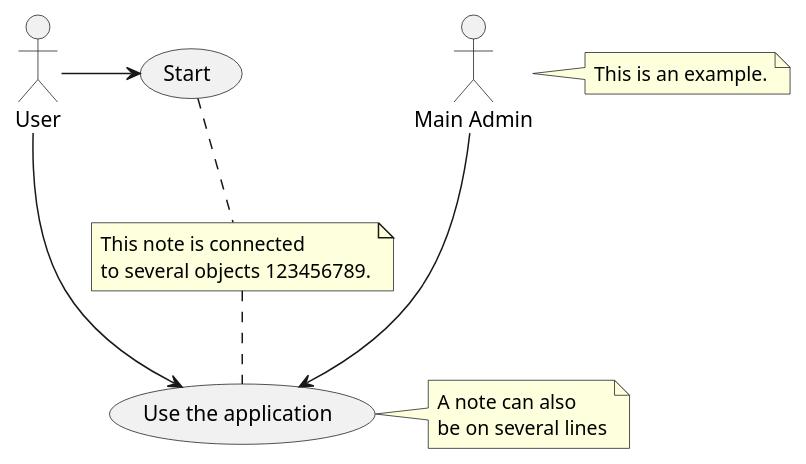
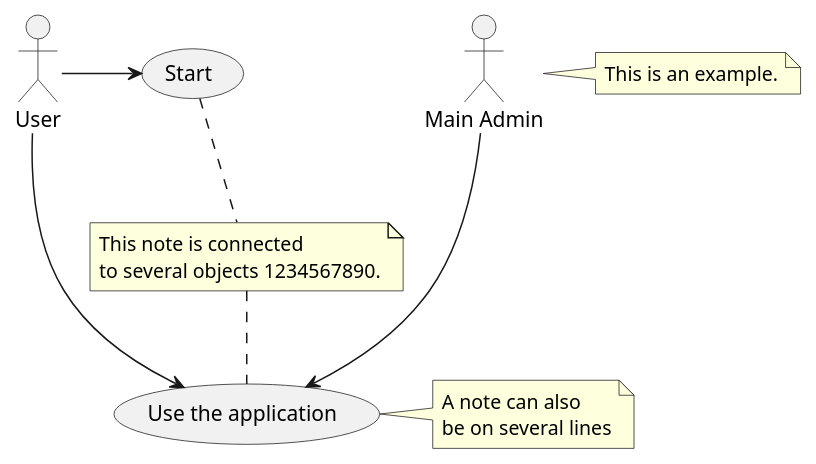
The diagram in plant1.puml (AKStratus/plantuml_diagrams), drawn with PlantUML before and after one commit.

```diff
--- a/plant1.puml
+++ b/plant1.puml
@@ -1,17 +1,17 @@
 @startuml
 
     :Main Admin: as Admin
     (Use the application) as (Use)
     User -> (Start)
     User --> (Use)
     Admin ---> (Use)
     note right of Admin : This is an example.
     note right of (Use)
     A note can also
     be on several lines
     end note
-    note "This note is connected\nto several objects 123456789." as N2
+    note "This note is connected\nto several objects 1234567890." as N2
     (Start) .. N2
     N2 .. (Use)
 
     @enduml
```
